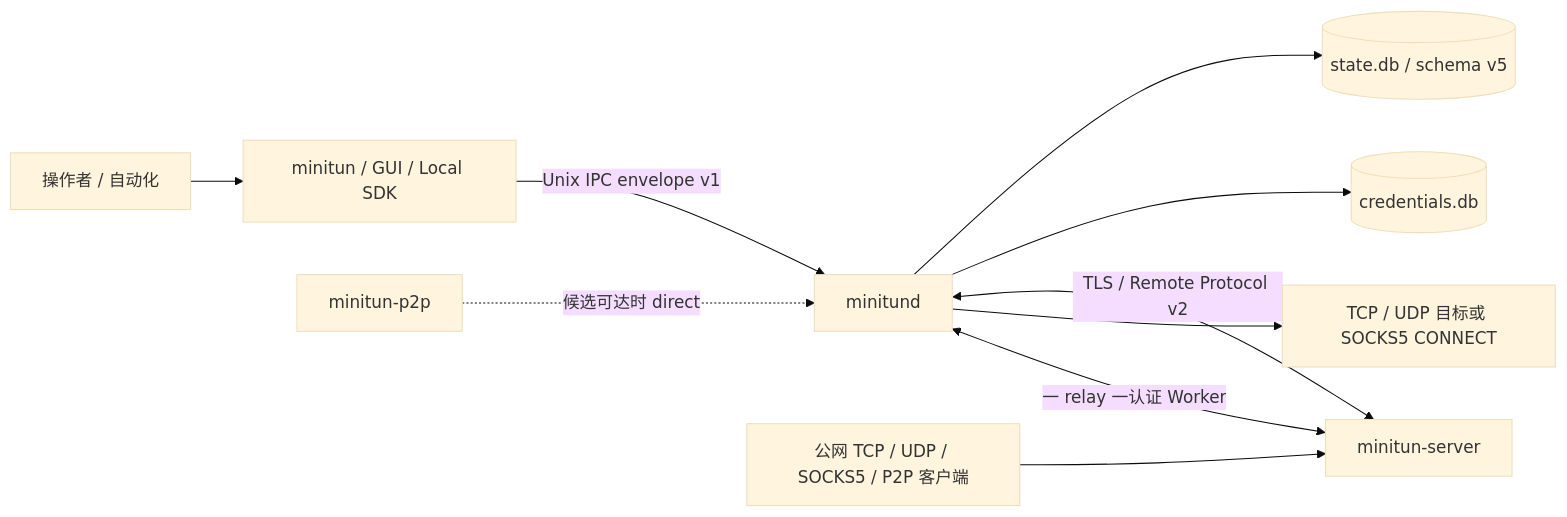
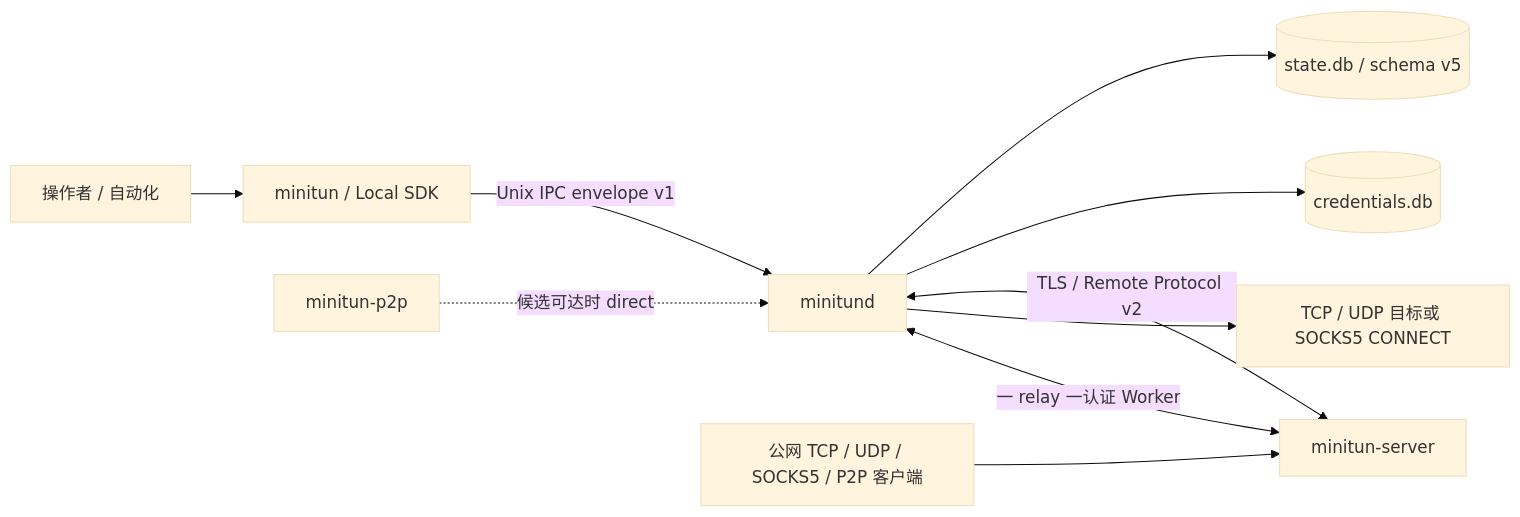
Before and after one commit to Albert-Li-Sz/MiniTUN: the diagram in docs/architecture.md, drawn with Mermaid (base theme). The commit also changed other lines of this file and 40 other files, not shown here.

````diff
--- a/docs/architecture.md
+++ b/docs/architecture.md
@@ -14,12 +15,12 @@
 ```mermaid
 flowchart LR
-    operator["操作者 / 自动化"] --> control["minitun / GUI / Local SDK"]
+    operator["操作者 / 自动化"] --> control["minitun / Local SDK"]
     control -->|"Unix IPC envelope v1"| daemon["minitund"]
     daemon --> state[("state.db / schema v5")]
     daemon --> secrets[("credentials.db")]
     daemon <-->|"TLS / Remote Protocol v2"| server["minitun-server"]
     public["公网 TCP / UDP / SOCKS5 / P2P 客户端"] --> server
     server <-->|"一 relay 一认证 Worker"| daemon
     daemon --> local["TCP / UDP 目标或 SOCKS5 CONNECT"]
     p2p["minitun-p2p"] -.->|"候选可达时 direct"| daemon
 ```
````
